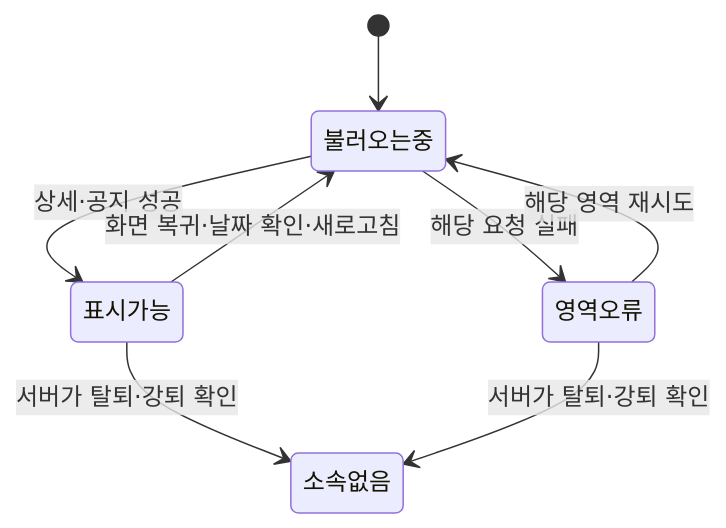
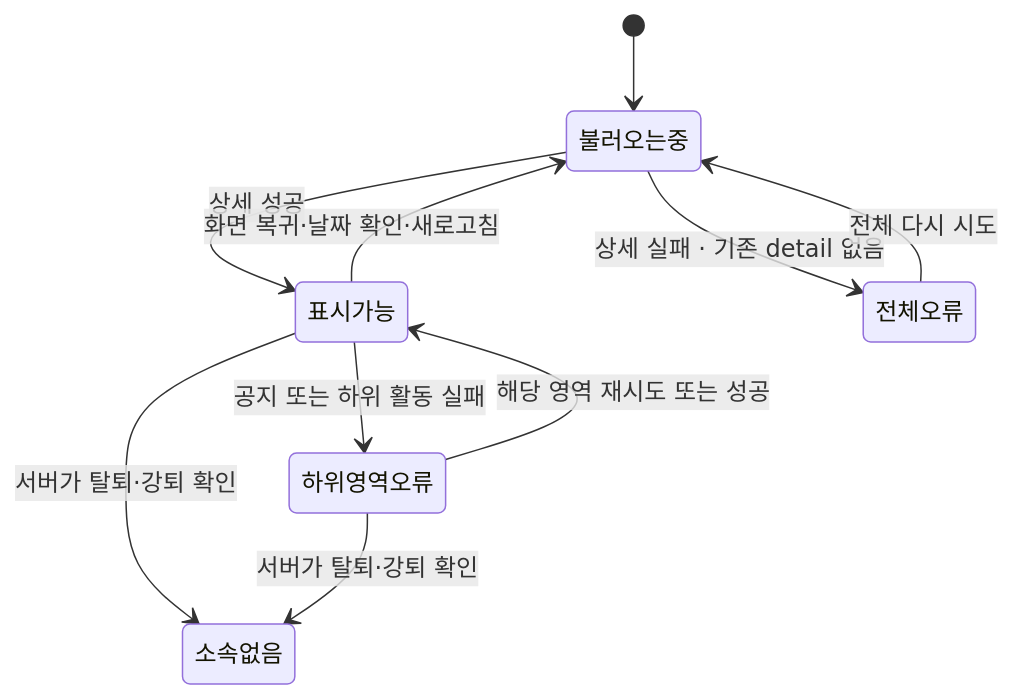
The first of 4 diagrams in docs/prd/group/features/03-activity/low-level-design.md (OneOrThree/phone), drawn with Mermaid before and after one commit. The commit also changed other lines of this file and 14 other files, not shown here.

````diff
--- a/docs/prd/group/features/03-activity/low-level-design.md
+++ b/docs/prd/group/features/03-activity/low-level-design.md
@@ -12,10 +12,12 @@
 ```mermaid
 stateDiagram-v2
     [*] --> 불러오는중
-    불러오는중 --> 표시가능: 상세·공지 성공
-    불러오는중 --> 영역오류: 해당 요청 실패
-    영역오류 --> 불러오는중: 해당 영역 재시도
+    불러오는중 --> 표시가능: 상세 성공
+    불러오는중 --> 전체오류: 상세 실패 · 기존 detail 없음
+    전체오류 --> 불러오는중: 전체 다시 시도
+    표시가능 --> 하위영역오류: 공지 또는 하위 활동 실패
+    하위영역오류 --> 표시가능: 해당 영역 재시도 또는 성공
     표시가능 --> 불러오는중: 화면 복귀·날짜 확인·새로고침
     표시가능 --> 소속없음: 서버가 탈퇴·강퇴 확인
-    영역오류 --> 소속없음: 서버가 탈퇴·강퇴 확인
+    하위영역오류 --> 소속없음: 서버가 탈퇴·강퇴 확인
 ```
````
